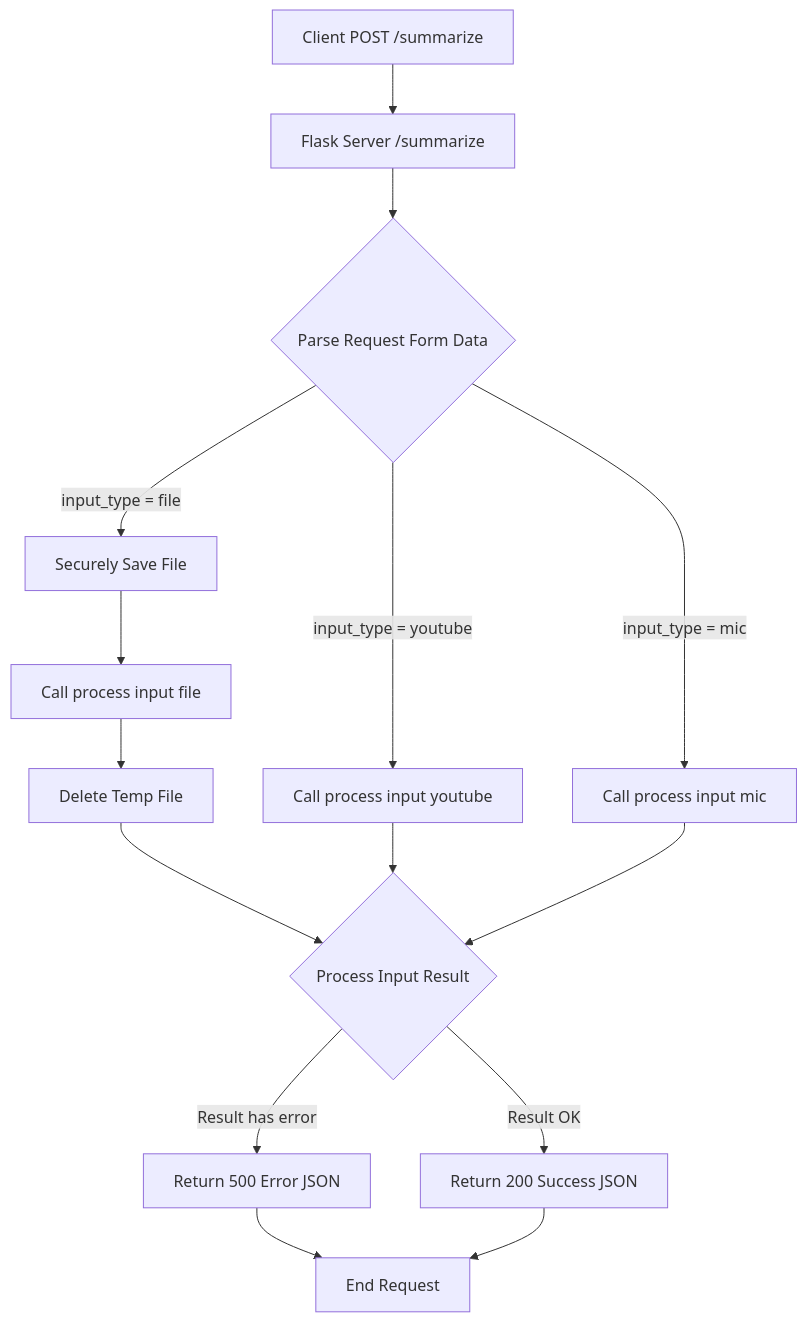
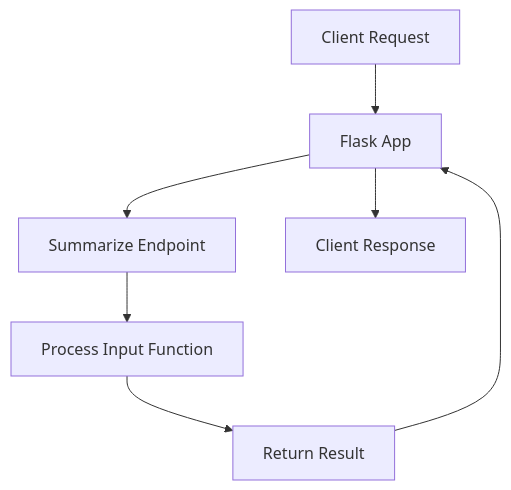
The diagram in docs/server.py.md (test-company-prowiz/Note-Summerizer), drawn with Mermaid before and after one commit. The commit also changed other lines of this file, not shown here.

Commit message:
[AI-DOC] docs: auto-generated documentation for docs/server.py.md

````diff
--- a/docs/server.py.md
+++ b/docs/server.py.md
@@ -42,17 +49,9 @@
 ```mermaid
 graph TD
-A[Client POST /summarize] --> B[Flask Server /summarize];
-B --> C{Parse Request Form Data};
-C -- "input_type = file" --> D[Securely Save File];
-D --> E[Call process input file];
-E --> F[Delete Temp File];
-F --> G{Process Input Result};
-C -- "input_type = youtube" --> H[Call process input youtube];
-H --> G;
-C -- "input_type = mic" --> I[Call process input mic];
-I --> G;
-G -- "Result has error" --> J[Return 500 Error JSON];
-G -- "Result OK" --> K[Return 200 Success JSON];
-J --> L[End Request];
-K --> L;
+A[Client Request] --> B[Flask App]
+B --> C[Summarize Endpoint]
+C --> D[Process Input Function]
+D --> E[Return Result]
+E --> B
+B --> F[Client Response]
 ```
````
